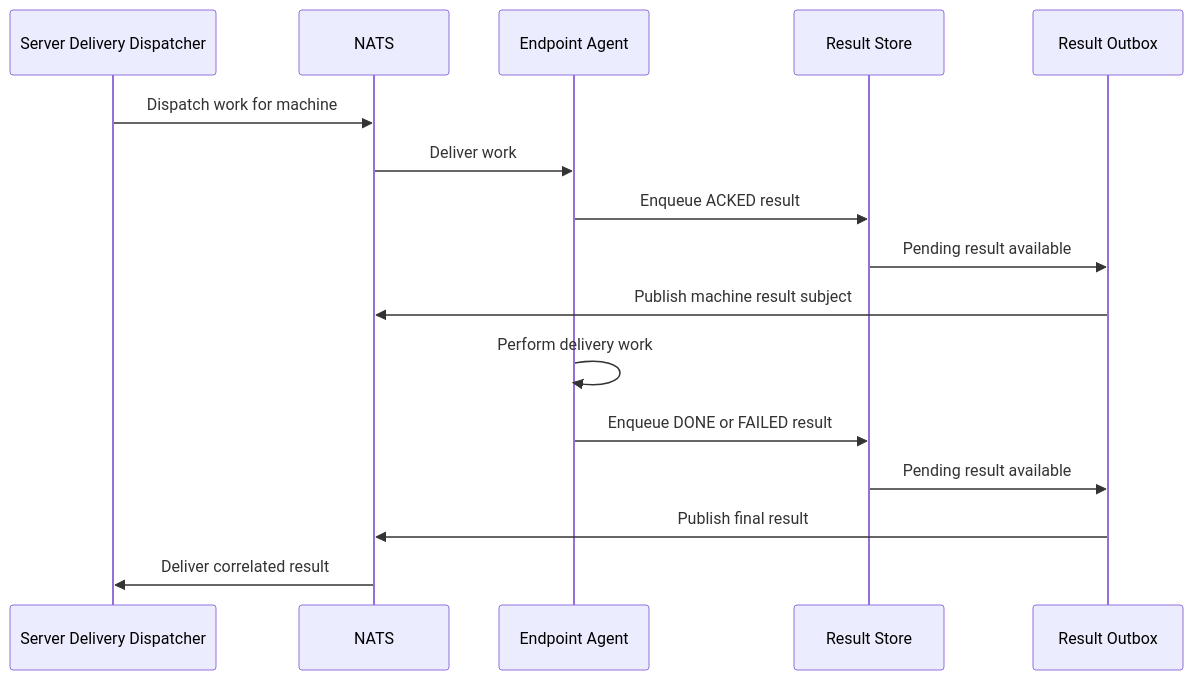
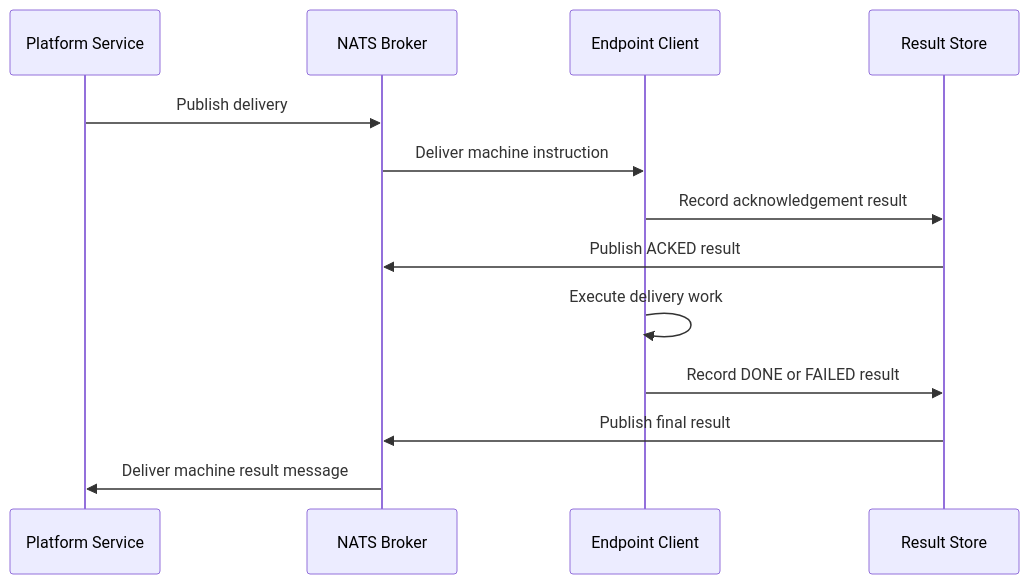
One commit to flamingo-stack/openframe-oss-tenant changed the second of 4 diagrams in docs/reference/architecture/openframe-client-core/model-delivery/model-delivery.md. Above: the diagram before and after it, drawn with Mermaid. The commit also changed other lines of this file and 2377 other files, not shown here.

````diff
--- a/docs/reference/architecture/openframe-client-core/model-delivery/model-delivery.md
+++ b/docs/reference/architecture/openframe-client-core/model-delivery/model-delivery.md
@@ -90,18 +66,15 @@
 ```mermaid
 sequenceDiagram
-    participant Server as Server Delivery Dispatcher
-    participant Broker as NATS
-    participant Agent as Endpoint Agent
+    participant Platform as Platform Service
+    participant Broker as NATS Broker
+    participant Client as Endpoint Client
     participant Store as Result Store
-    participant Outbox as Result Outbox
-    Server->>Broker: Dispatch work for machine
-    Broker->>Agent: Deliver work
-    Agent->>Store: Enqueue ACKED result
-    Store->>Outbox: Pending result available
-    Outbox->>Broker: Publish machine result subject
-    Agent->>Agent: Perform delivery work
-    Agent->>Store: Enqueue DONE or FAILED result
-    Store->>Outbox: Pending result available
-    Outbox->>Broker: Publish final result
-    Broker->>Server: Deliver correlated result
+    Platform->>Broker: Publish delivery
+    Broker->>Client: Deliver machine instruction
+    Client->>Store: Record acknowledgement result
+    Store->>Broker: Publish ACKED result
+    Client->>Client: Execute delivery work
+    Client->>Store: Record DONE or FAILED result
+    Store->>Broker: Publish final result
+    Broker->>Platform: Deliver machine result message
 ```
````
